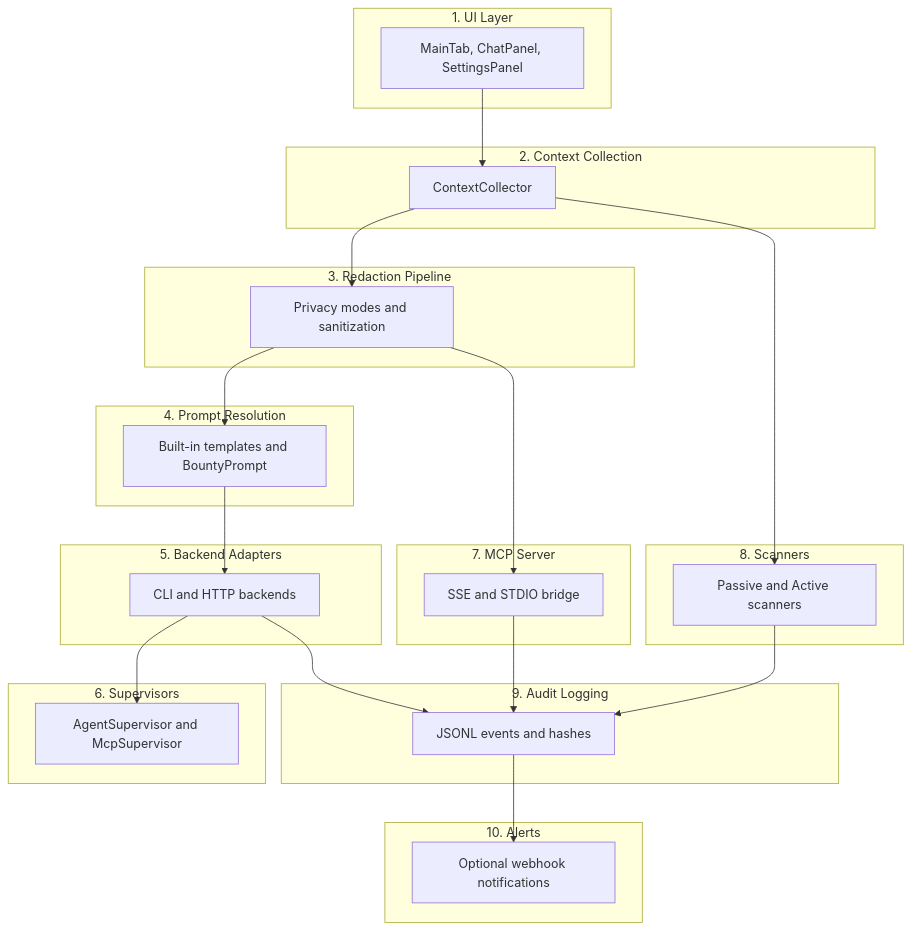
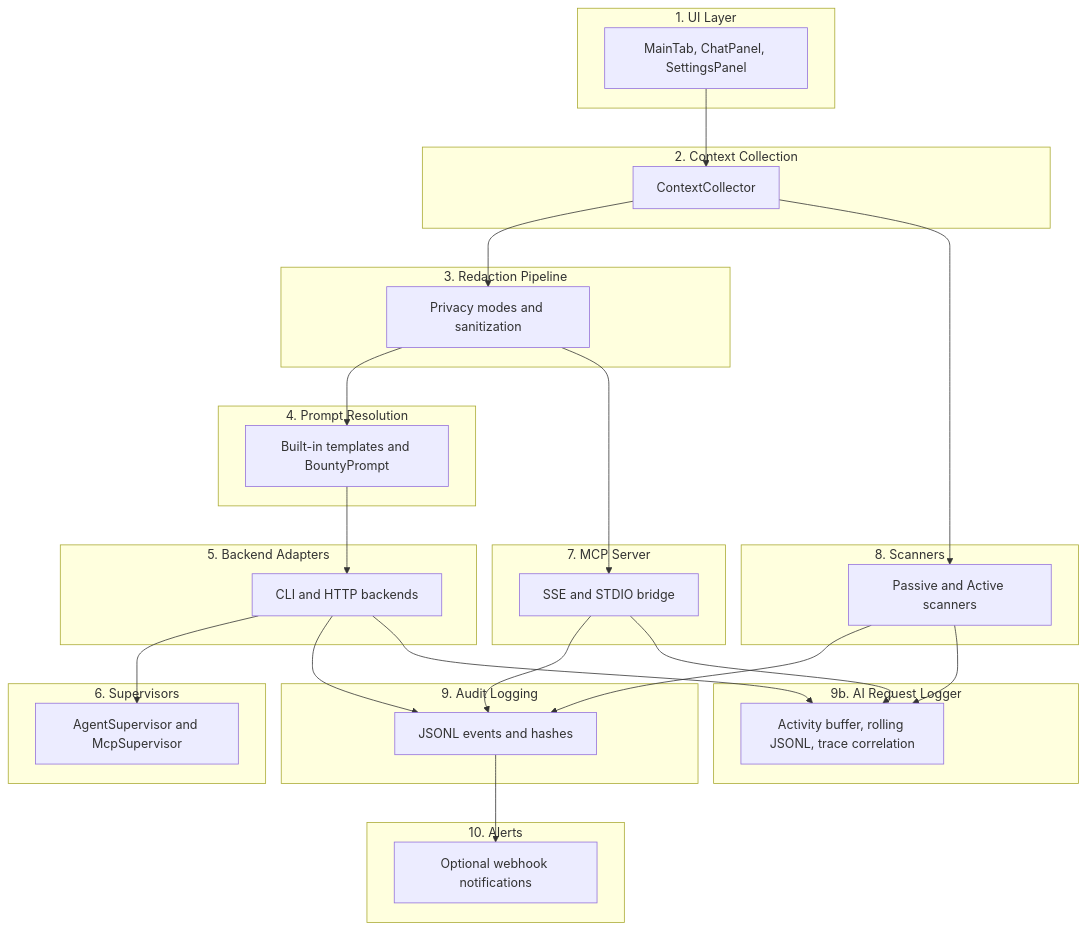
One commit to six2dez/burp-ai-agent-docs changed the first of 2 diagrams in developer/architecture.md. Above: the diagram before and after it, drawn with Mermaid. The commit also changed other lines of this file and 43 other files, not shown here.

````diff
--- a/developer/architecture.md
+++ b/developer/architecture.md
@@ -7,51 +7,58 @@
 ```mermaid
 flowchart TD
     subgraph L1[1. UI Layer]
       UI[MainTab, ChatPanel, SettingsPanel]
     end
 
     subgraph L2[2. Context Collection]
       CC[ContextCollector]
     end
 
     subgraph L3[3. Redaction Pipeline]
       RP[Privacy modes and sanitization]
     end
 
     subgraph L4[4. Prompt Resolution]
       PR[Built-in templates and BountyPrompt]
     end
 
     subgraph L5[5. Backend Adapters]
       BA[CLI and HTTP backends]
     end
 
     subgraph L6[6. Supervisors]
       SUP[AgentSupervisor and McpSupervisor]
     end
 
     subgraph L7[7. MCP Server]
       MCP[SSE and STDIO bridge]
     end
 
     subgraph L8[8. Scanners]
       SCN[Passive and Active scanners]
     end
 
     subgraph L9[9. Audit Logging]
       AUD[JSONL events and hashes]
     end
 
+    subgraph L9b[9b. AI Request Logger]
+      RQL[Activity buffer, rolling JSONL, trace correlation]
+    end
+
     subgraph L10[10. Alerts]
       ALT[Optional webhook notifications]
     end
 
     UI --> CC --> RP --> PR --> BA
     BA --> SUP
     CC --> SCN
     RP --> MCP
     BA --> AUD
+    BA --> RQL
     SCN --> AUD
+    SCN --> RQL
     MCP --> AUD
+    MCP --> RQL
     AUD --> ALT
 ```
````
